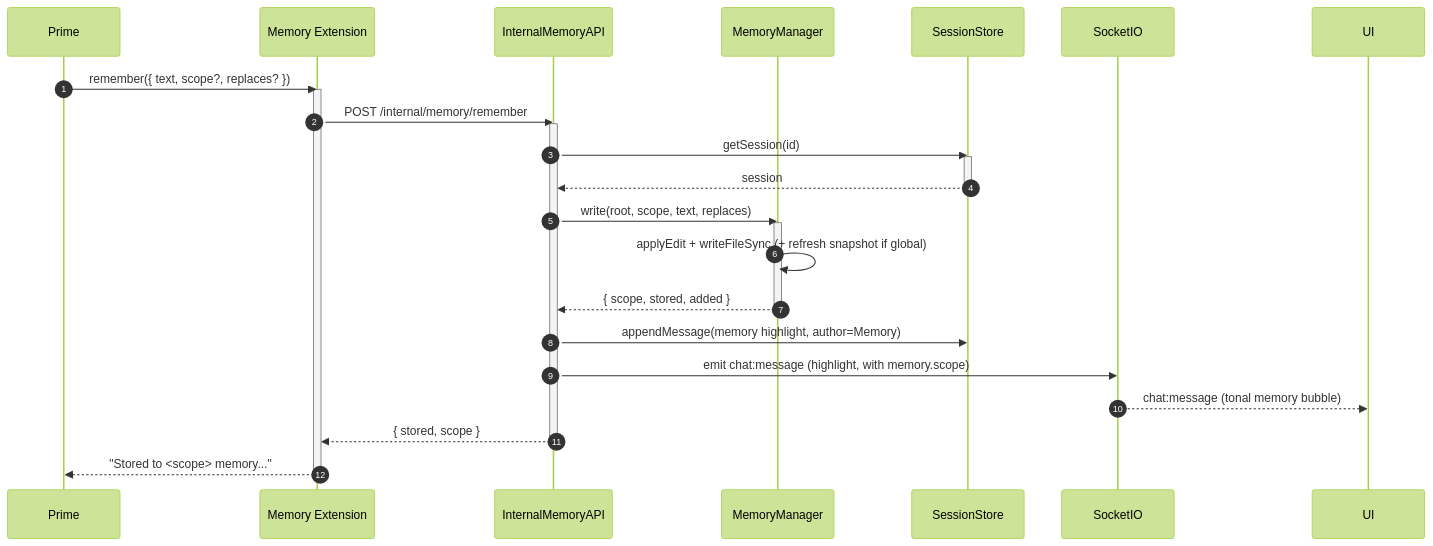
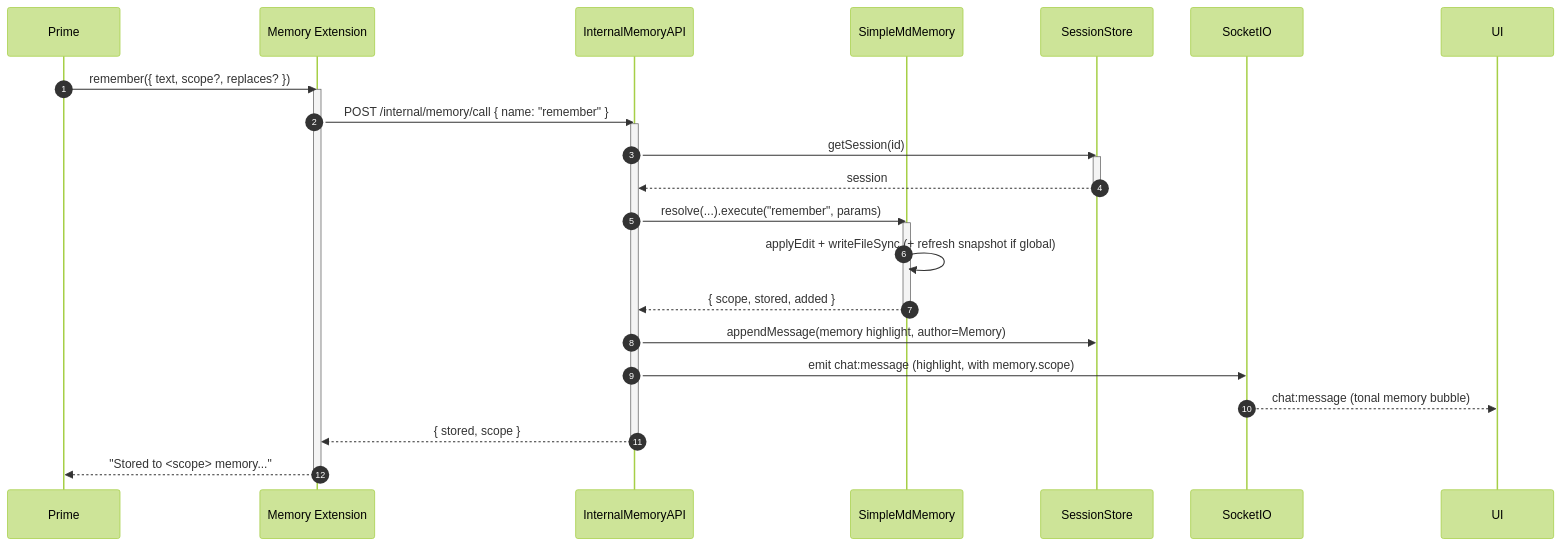
Before and after one commit to TangleML/tangent-shell: the first of 2 diagrams in docs/server/memory.md, drawn with Mermaid (forest theme). The commit also changed other lines of this file and 57 other files, not shown here.

````diff
--- a/docs/server/memory.md
+++ b/docs/server/memory.md
@@ -76,32 +226,32 @@
 ```mermaid
 sequenceDiagram
   autonumber
   participant Prime
   participant Ext as Memory Extension
   participant Internal as InternalMemoryAPI
-  participant Memory as MemoryManager
+  participant Memory as SimpleMdMemory
   participant Store as SessionStore
   participant Socket as SocketIO
   participant UI
 
   Prime->>Ext: remember({ text, scope?, replaces? })
   activate Ext
-  Ext->>Internal: POST /internal/memory/remember
+  Ext->>Internal: POST /internal/memory/call { name: "remember" }
   activate Internal
   Internal->>Store: getSession(id)
   activate Store
   Store-->>Internal: session
   deactivate Store
-  Internal->>Memory: write(root, scope, text, replaces)
+  Internal->>Memory: resolve(...).execute("remember", params)
   activate Memory
   Memory->>Memory: applyEdit + writeFileSync (+ refresh snapshot if global)
   Memory-->>Internal: { scope, stored, added }
   deactivate Memory
   Internal->>Store: appendMessage(memory highlight, author=Memory)
   Internal->>Socket: emit chat:message (highlight, with memory.scope)
   Socket-->>UI: chat:message (tonal memory bubble)
   Internal-->>Ext: { stored, scope }
   deactivate Internal
   Ext-->>Prime: "Stored to <scope> memory..."
   deactivate Ext
 ```
````
